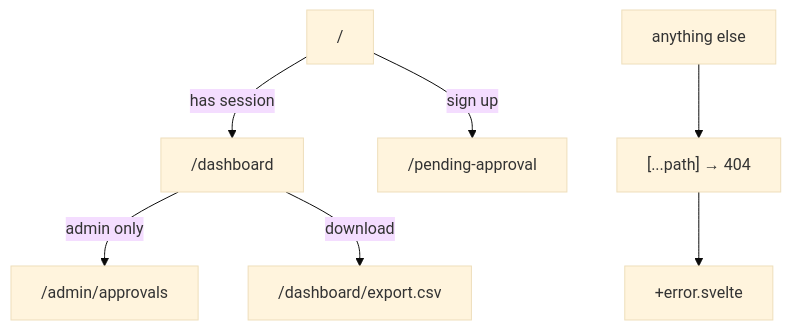
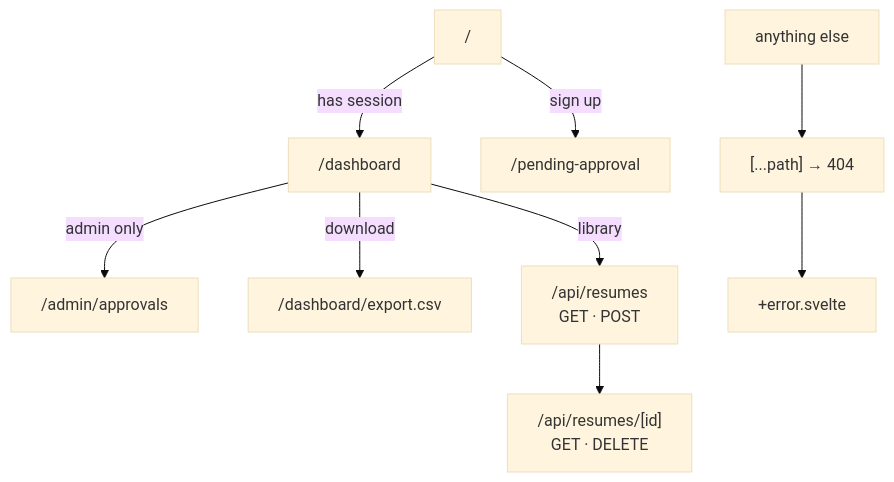
The first of 4 diagrams in docs/routes.md (c0k0n/job-tracker), drawn with Mermaid (base theme) before and after one commit. The commit also changed other lines of this file and 32 other files, not shown here.

````diff
--- a/docs/routes.md
+++ b/docs/routes.md
@@ -6,9 +6,11 @@
 ```mermaid
 flowchart TD
     R["/"] -->|"has session"| D["/dashboard"]
     R -->|"sign up"| P["/pending-approval"]
     D -->|"admin only"| A["/admin/approvals"]
     D -->|"download"| C["/dashboard/export.csv"]
+    D -->|"library"| RR["/api/resumes<br/>GET · POST"]
+    RR --> RI["/api/resumes/[id]<br/>GET · DELETE"]
     X["anything else"] --> N["[...path] → 404"]
     N --> E["+error.svelte"]
 ```
````
